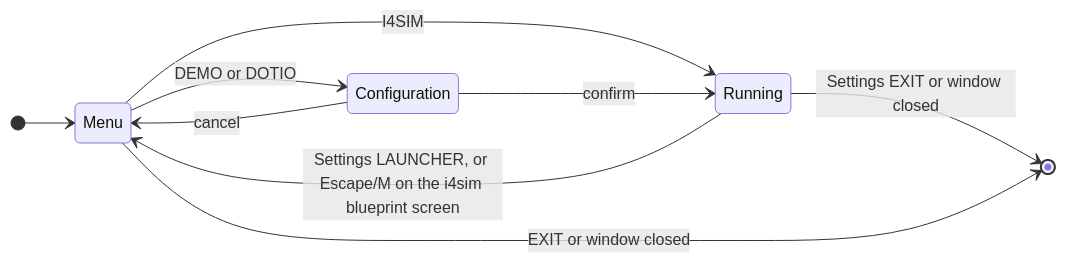
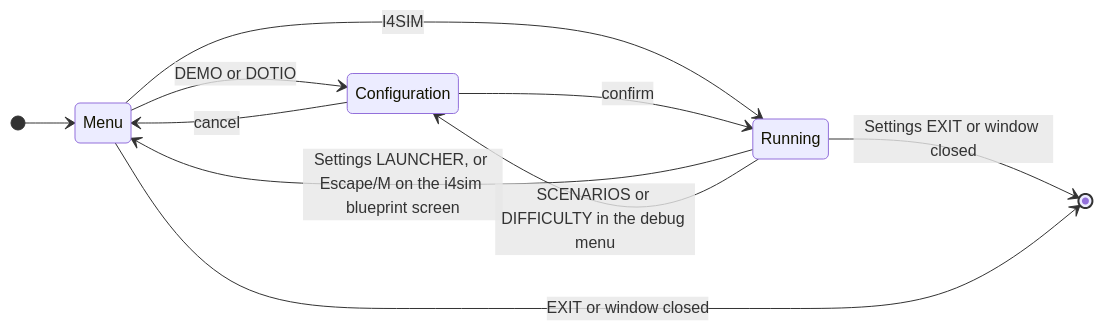
Before and after one commit to SMB-M87/Kinetra-Lab: the diagram in launcher/README.md, drawn with Mermaid. The commit also changed other lines of this file and 25 other files, not shown here.

````diff
--- a/launcher/README.md
+++ b/launcher/README.md
@@ -34,12 +34,13 @@
 ```mermaid
 stateDiagram-v2
     direction LR
     [*] --> Menu
     Menu --> Configuration: DEMO or DOTIO
     Configuration --> Menu: cancel
     Menu --> Running: I4SIM
     Configuration --> Running: confirm
     Running --> Menu: Settings LAUNCHER, or Escape/M on the i4sim blueprint screen
+    Running --> Configuration: SCENARIOS or DIFFICULTY in the debug menu
     Running --> [*]: Settings EXIT or window closed
     Menu --> [*]: EXIT or window closed
 ```
````
